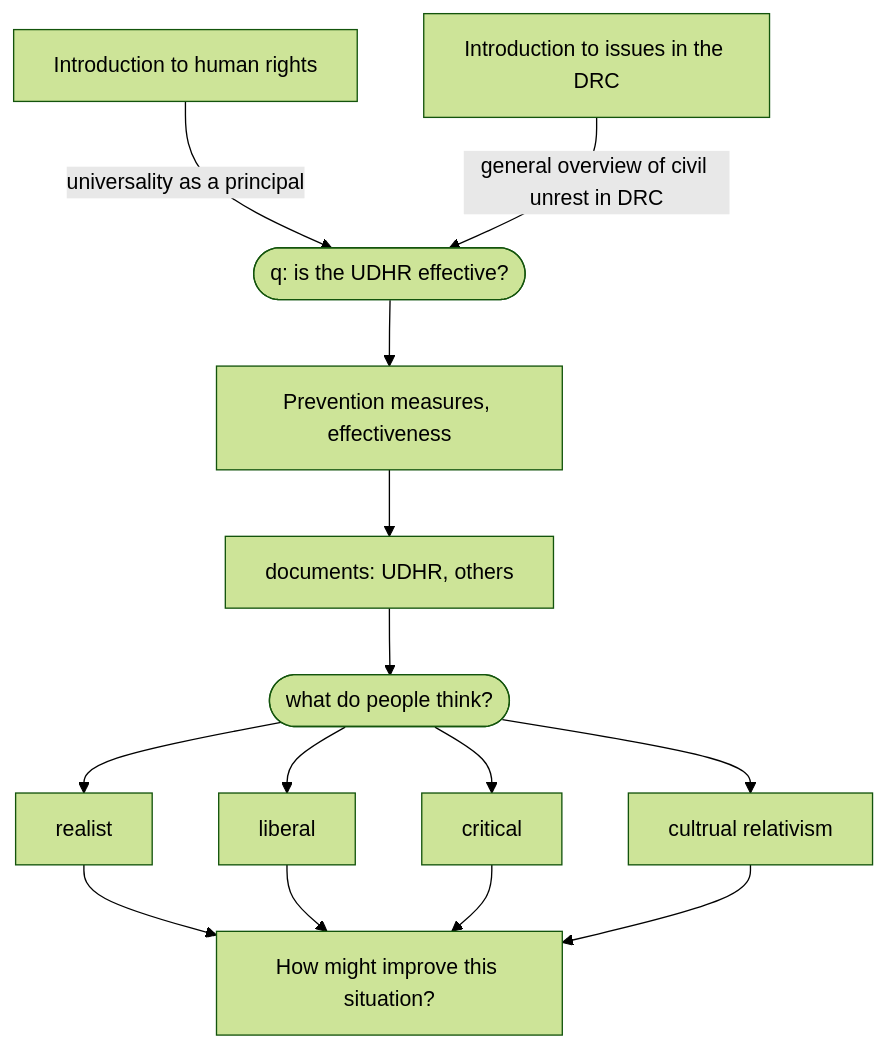
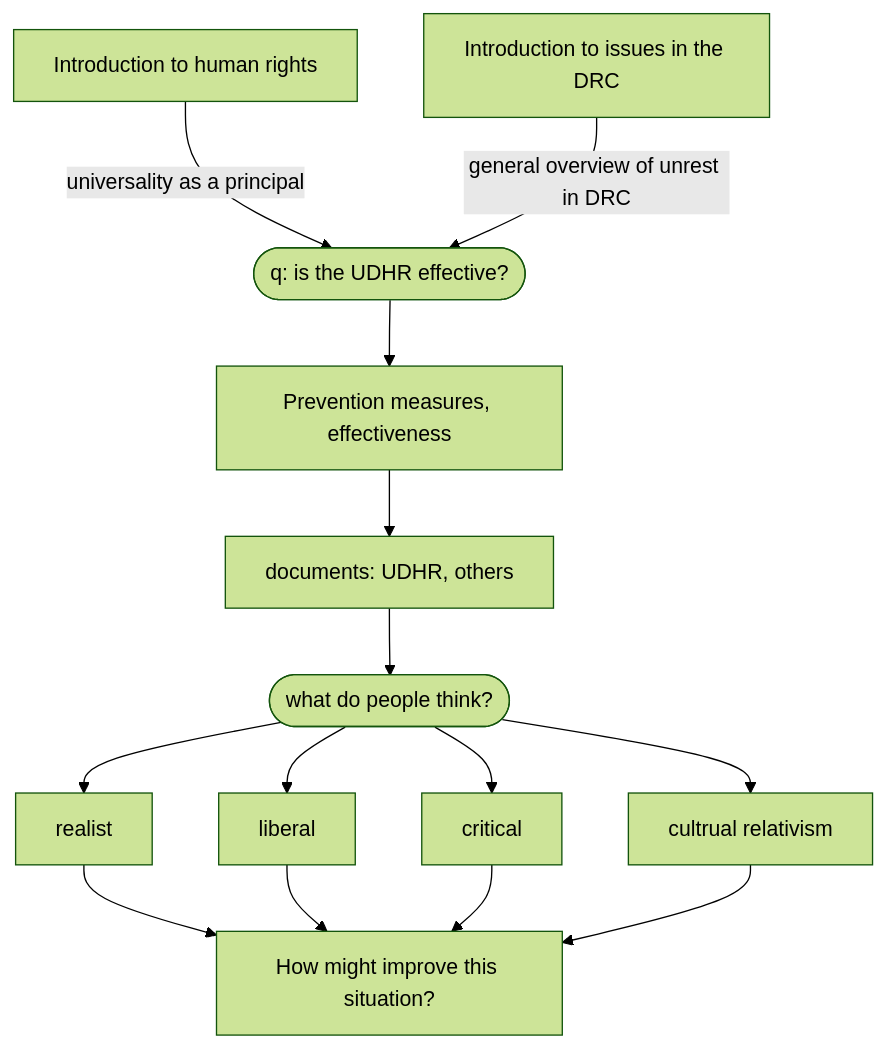
Before and after one commit to will-lol/document-vault: the diagram in Global Politics/Human rights/Violations of human rights in practise.md, drawn with Mermaid (forest theme). The commit also changed other lines of this file and 5 other files, not shown here.

````diff
--- a/Global Politics/Human rights/Violations of human rights in practise.md
+++ b/Global Politics/Human rights/Violations of human rights in practise.md
@@ -3,22 +3,22 @@
 ```mermaid
 graph TD
 
 a[Introduction to human rights] --> |universality as a principal| C([q: is the UDHR effective?])
 
-A[Introduction to issues in the DRC] --> |general overview of civil unrest in DRC| C
+A[Introduction to issues in the DRC] --> |general overview of unrest in DRC| C
 
 C --> prevention[Prevention measures, effectiveness]
 prevention --> documents[documents: UDHR, others]
 documents --> perspectives([what do people think?])
 perspectives --> realist 
 perspectives --> liberal
 perspectives --> critical
 perspectives --> relativism[cultrual relativism]
 
 response[How might improve this situation?]
 realist --> response
 liberal --> response
 critical --> response
 relativism --> response
 
 ```
````
